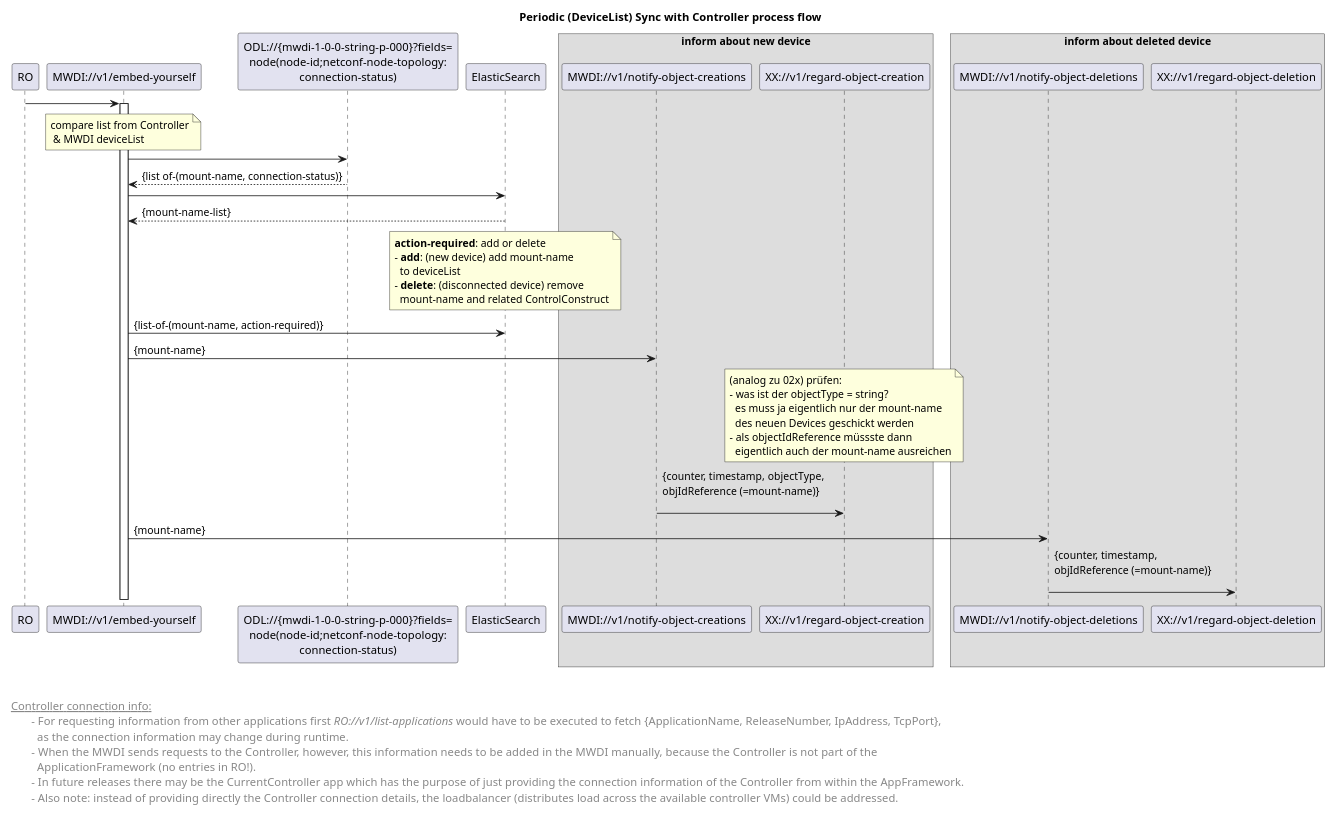
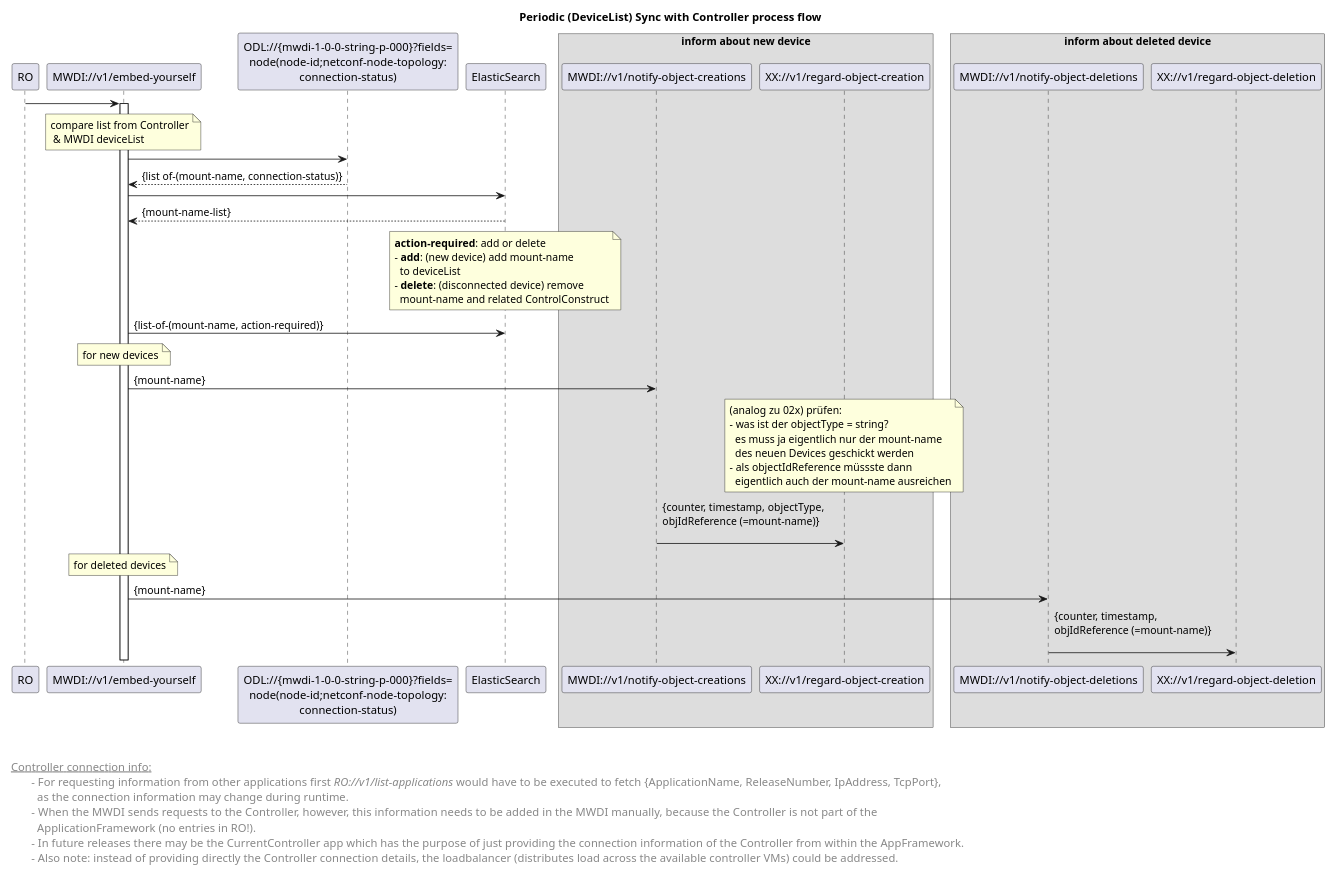
The diagram in spec/diagrams/neu/01x_forwardingCyclicOperationDeviceListSync.plantuml (openBackhaul/MicroWaveDeviceInventory), drawn with PlantUML before and after one commit.

```diff
--- a/spec/diagrams/neu/01x_forwardingCyclicOperationDeviceListSync.plantuml
+++ b/spec/diagrams/neu/01x_forwardingCyclicOperationDeviceListSync.plantuml
@@ -1,89 +1,91 @@
 @startuml
 skinparam responseMessageBelowArrow true
 skinparam BoxPadding 10
 
 title  Periodic (DeviceList) Sync with Controller process flow
 
 
 'participants
 participant "RO" as ro
 participant "MWDI://v1/embed-yourself" as mwdi
 participant "ODL://{mwdi-1-0-0-string-p-000}?fields=\nnode(node-id;netconf-node-topology:\nconnection-status)" as odlConnectionStatus
 participant "ElasticSearch" as es
 
 box inform about new device
 participant "MWDI://v1/notify-object-creations" as notifyCreate
 participant "XX://v1/regard-object-creation" as subscriberOpCreate
 end box
 
 box inform about deleted device
 participant "MWDI://v1/notify-object-deletions" as notifyDelete
 participant "XX://v1/regard-object-deletion" as subscriberOpDelete
 end box
 
 ro -> mwdi
 activate mwdi
 
 'get deviceList from Controller
 note over mwdi: compare list from Controller\n & MWDI deviceList
 mwdi -> odlConnectionStatus
 odlConnectionStatus --> mwdi: {list of-(mount-name, connection-status)}
 
 'get MWDI deviceList from ElasticSearch 
 mwdi -> es
 es --> mwdi: {mount-name-list}
 
 'diff both lists and process devices accordingly
 note over es
  <b>action-required</b>: add or delete
  - <b>add</b>: (new device) add mount-name 
    to deviceList
  - <b>delete</b>: (disconnected device) remove 
    mount-name and related ControlConstruct
 end note 
 
 
 mwdi -> es: {list-of-(mount-name, action-required)}
 
 'inform subscribers about new device
+note over mwdi: for new devices
 mwdi -> notifyCreate: {mount-name}
 
 note over subscriberOpCreate
 (analog zu 02x) prüfen: 
 - was ist der objectType = string?
   es muss ja eigentlich nur der mount-name 
   des neuen Devices geschickt werden 
 - als objectIdReference müssste dann 
   eigentlich auch der mount-name ausreichen
 end note
 
 notifyCreate -> subscriberOpCreate: {counter, timestamp, objectType, \nobjIdReference (=mount-name)} \n
 
 'inform subscribers about deleted device
+note over mwdi: for deleted devices
 mwdi -> notifyDelete: {mount-name}
 
 notifyDelete -> subscriberOpDelete: {counter, timestamp, \nobjIdReference (=mount-name)} \n
 
 
 
 left footer 
 
 
 <u> Controller connection info:</u>
 \t- For requesting information from other applications first <i>RO://v1/list-applications</i> would have to be executed to fetch {ApplicationName, ReleaseNumber, IpAddress, TcpPort}, 
 \t  as the connection information may change during runtime.
 \t-  When the MWDI sends requests to the Controller, however, this information needs to be added in the MWDI manually, because the Controller is not part of the 
 \t  ApplicationFramework (no entries in RO!). 
 \t-  In future releases there may be the CurrentController app which has the purpose of just providing the connection information of the Controller from within the AppFramework.
 \t-  Also note: instead of providing directly the Controller connection details, the loadbalancer (distributes load across the available controller VMs) could be addressed.
 
 end footer
 
 <style>
 footer {
   HorizontalAlignment left
   FontSize 14
 }
 </style>
 
 @enduml
```
